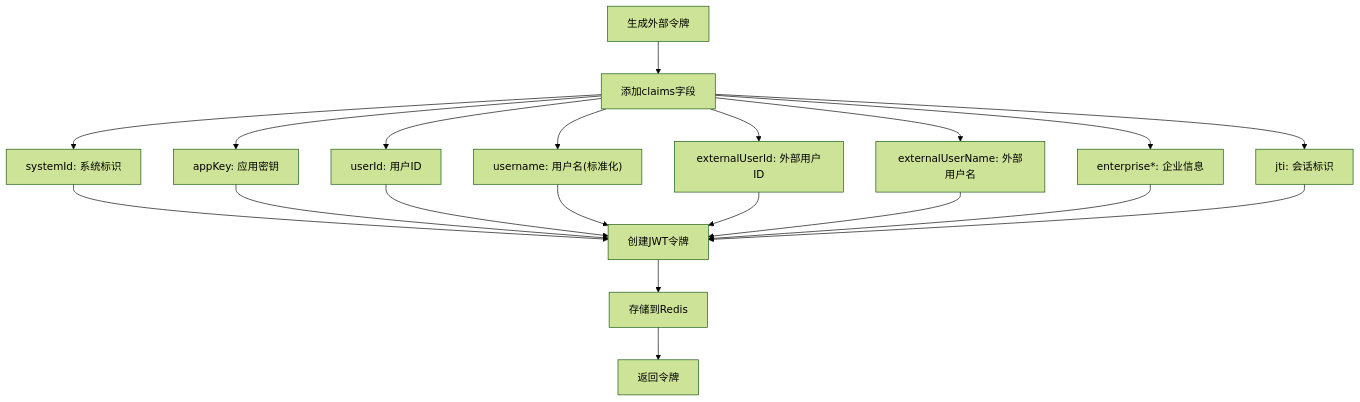
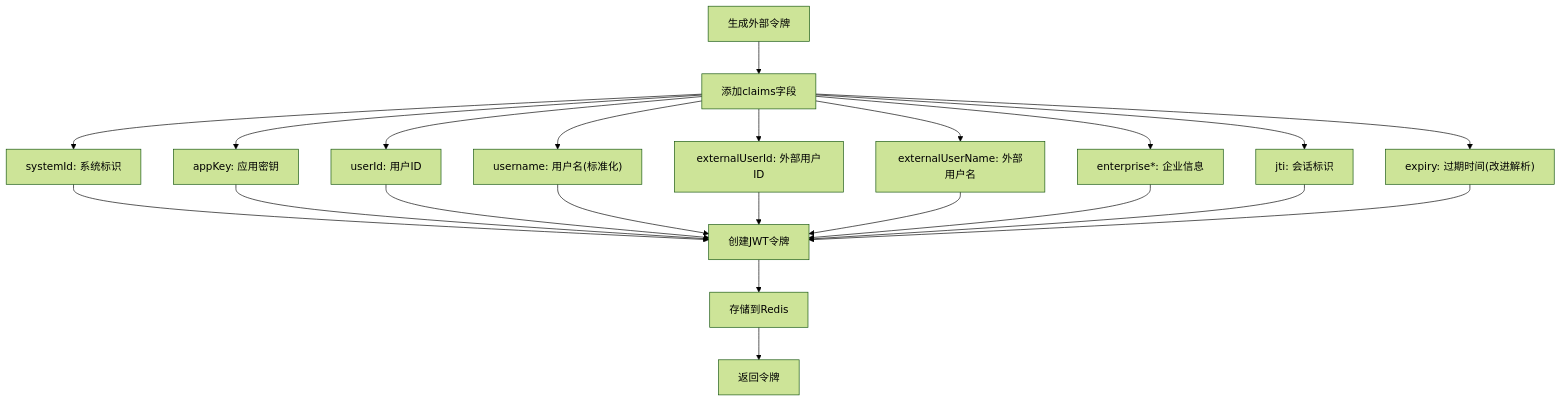
Before and after one commit to DrunkFood/First: the ninth of 16 diagrams in .qoder/repowiki/zh/content/后端服务/公共模块 (ele-ai-tender-common)/安全认证与授权.md, drawn with Mermaid (forest theme). The commit also changed other lines of this file and 103 other files, not shown here.

````diff
--- a/.qoder/repowiki/zh/content/后端服务/公共模块 (ele-ai-tender-common)/安全认证与授权.md
+++ b/.qoder/repowiki/zh/content/后端服务/公共模块 (ele-ai-tender-common)/安全认证与授权.md
@@ -430,22 +470,24 @@
 ```mermaid
 flowchart TD
 GenerateToken["生成外部令牌"] --> AddClaims["添加claims字段"]
 AddClaims --> SystemId["systemId: 系统标识"]
 AddClaims --> AppKey["appKey: 应用密钥"]
 AddClaims --> UserId["userId: 用户ID"]
 AddClaims --> Username["username: 用户名(标准化)"]
 AddClaims --> ExternalUserId["externalUserId: 外部用户ID"]
 AddClaims --> ExternalUserName["externalUserName: 外部用户名"]
 AddClaims --> EnterpriseInfo["enterprise*: 企业信息"]
 AddClaims --> Jti["jti: 会话标识"]
+AddClaims --> Expiry["expiry: 过期时间(改进解析)"]
 SystemId --> CreateToken["创建JWT令牌"]
 AppKey --> CreateToken
 UserId --> CreateToken
 Username --> CreateToken
 ExternalUserId --> CreateToken
 ExternalUserName --> CreateToken
 EnterpriseInfo --> CreateToken
 Jti --> CreateToken
+Expiry --> CreateToken
 CreateToken --> StoreRedis["存储到Redis"]
 StoreRedis --> ReturnToken["返回令牌"]
 ```
````
